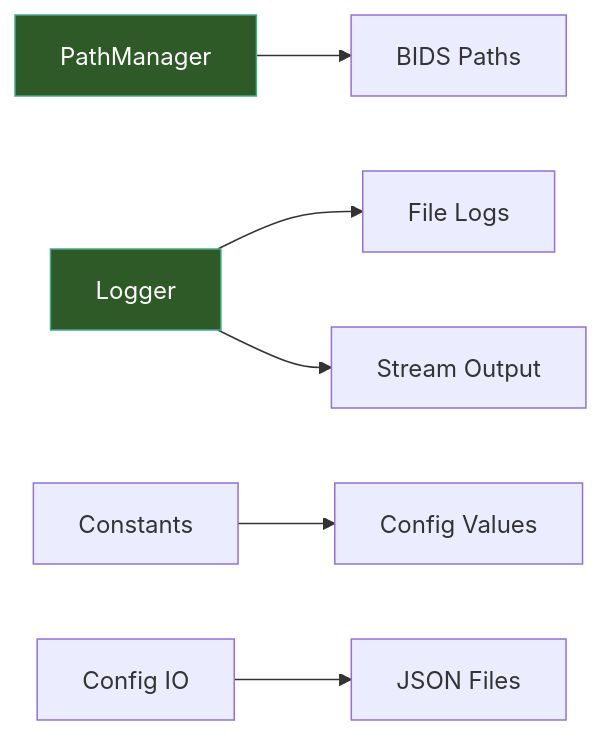
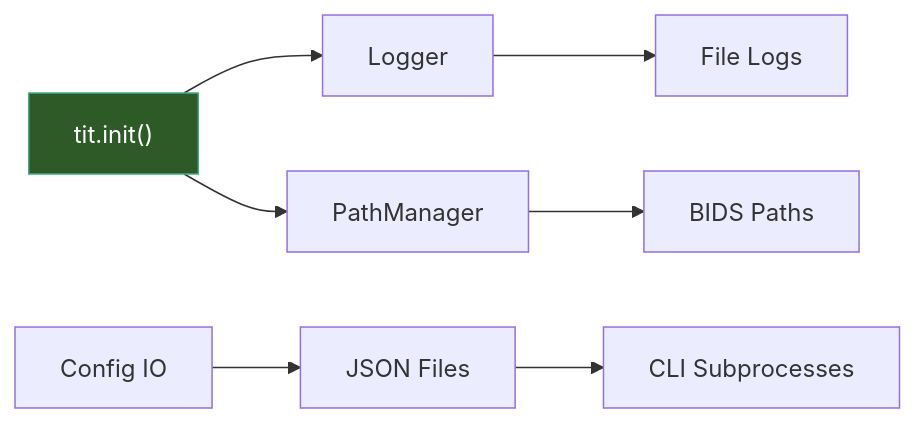
One commit to idossha/TI-Toolbox changed the diagram in docs/api_mkdocs/docs/pipeline/core.md. Above: the diagram before and after it, drawn with Mermaid. The commit also changed other lines of this file and 4 other files, not shown here.

````diff
--- a/docs/api_mkdocs/docs/pipeline/core.md
+++ b/docs/api_mkdocs/docs/pipeline/core.md
@@ -5,10 +5,10 @@
 ```mermaid
 graph LR
-    PM[PathManager] --> PATHS[BIDS Paths]
-    LOG[Logger] --> FILE[File Logs]
-    LOG --> STREAM[Stream Output]
-    CONST[Constants] --> CONFIG[Config Values]
-    CIO[Config IO] --> JSON[JSON Files]
-    style PM fill:#2d5a27,stroke:#4a8,color:#fff
-    style LOG fill:#2d5a27,stroke:#4a8,color:#fff
+    INIT["tit.init()"] --> LOG[Logger]
+    INIT --> PM[PathManager]
+    PM --> PATHS[BIDS Paths]
+    LOG --> FILE[File Logs]
+    CONFIG[Config IO] --> JSON[JSON Files]
+    JSON --> CLI[CLI Subprocesses]
+    style INIT fill:#2d5a27,stroke:#4a8,color:#fff
 ```
````
